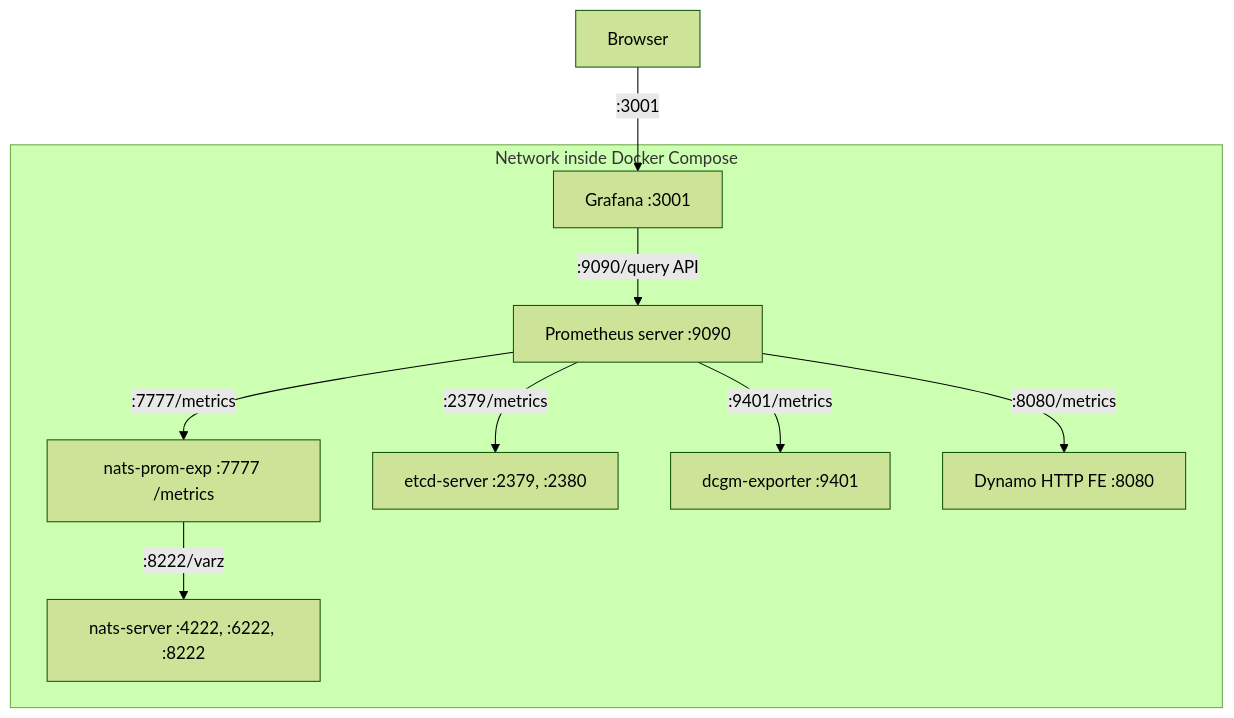
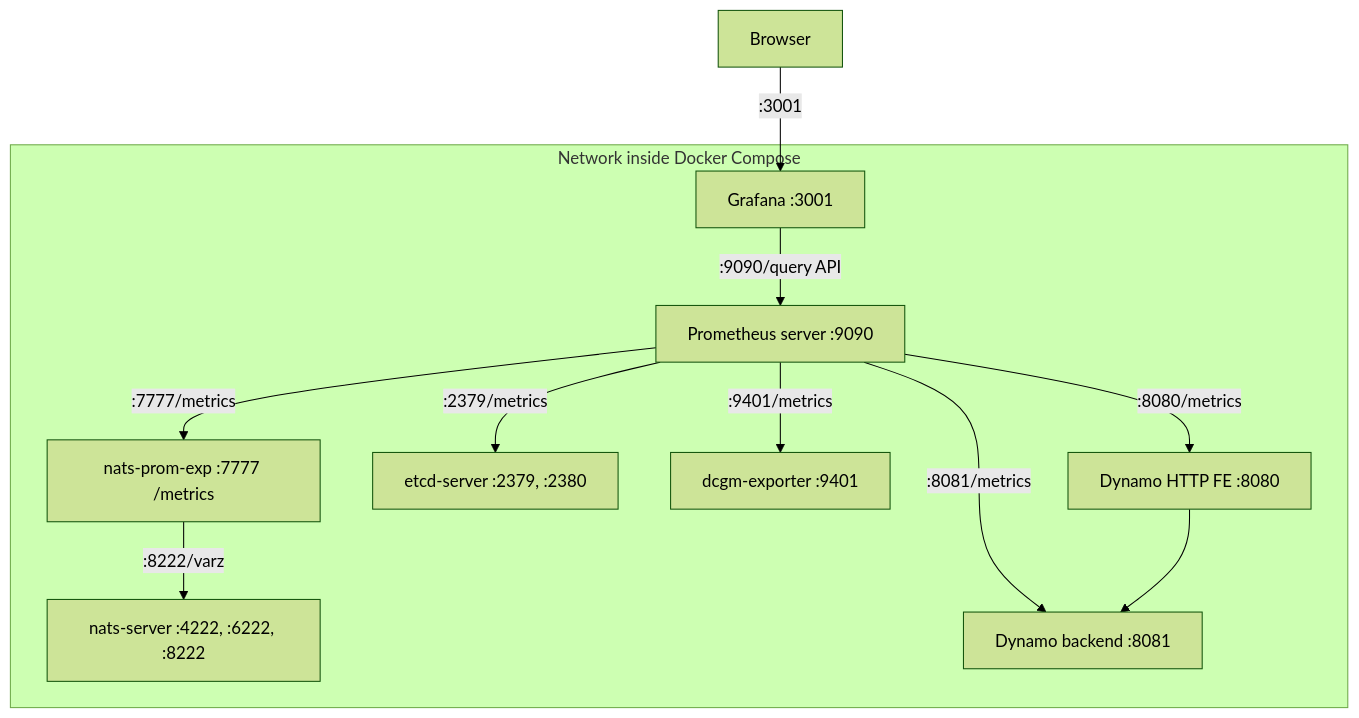
The diagram in deploy/metrics/README.md (ai-dynamo/dynamo), drawn with Mermaid (forest theme) before and after one commit.

Commit message:
Update Mermaid graph to include Dynamo backend

````diff
--- a/deploy/metrics/README.md
+++ b/deploy/metrics/README.md
@@ -13,12 +13,14 @@
 ```mermaid
 graph TD
     BROWSER[Browser] -->|:3001| GRAFANA[Grafana :3001]
     subgraph DockerComposeNetwork [Network inside Docker Compose]
         NATS_PROM_EXP[nats-prom-exp :7777 /metrics] -->|:8222/varz| NATS_SERVER[nats-server :4222, :6222, :8222]
         PROMETHEUS[Prometheus server :9090] -->|:2379/metrics| ETCD_SERVER[etcd-server :2379, :2380]
         PROMETHEUS -->|:9401/metrics| DCGM_EXPORTER[dcgm-exporter :9401]
         PROMETHEUS -->|:7777/metrics| NATS_PROM_EXP
         PROMETHEUS -->|:8080/metrics| DYNAMOFE[Dynamo HTTP FE :8080]
+        PROMETHEUS -->|:8081/metrics| DYNAMOBACKEND[Dynamo backend :8081]
+        DYNAMOFE --> DYNAMOBACKEND
         GRAFANA -->|:9090/query API| PROMETHEUS
     end
 ```
````
